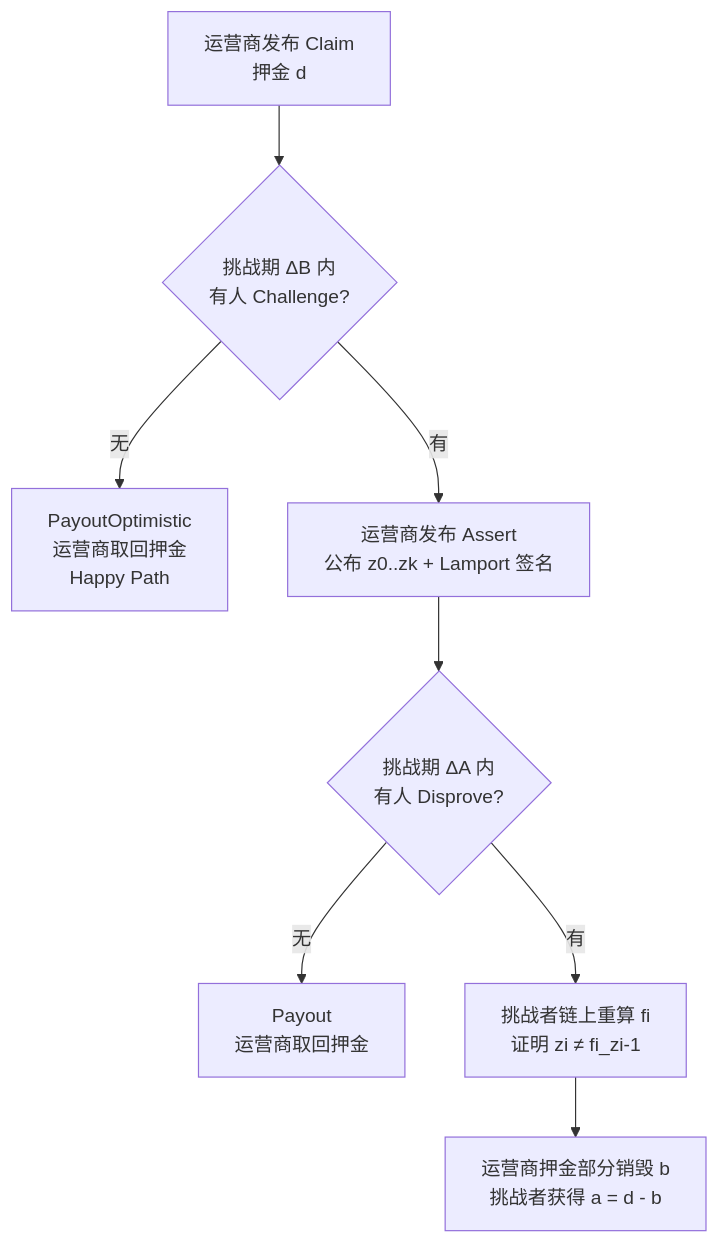
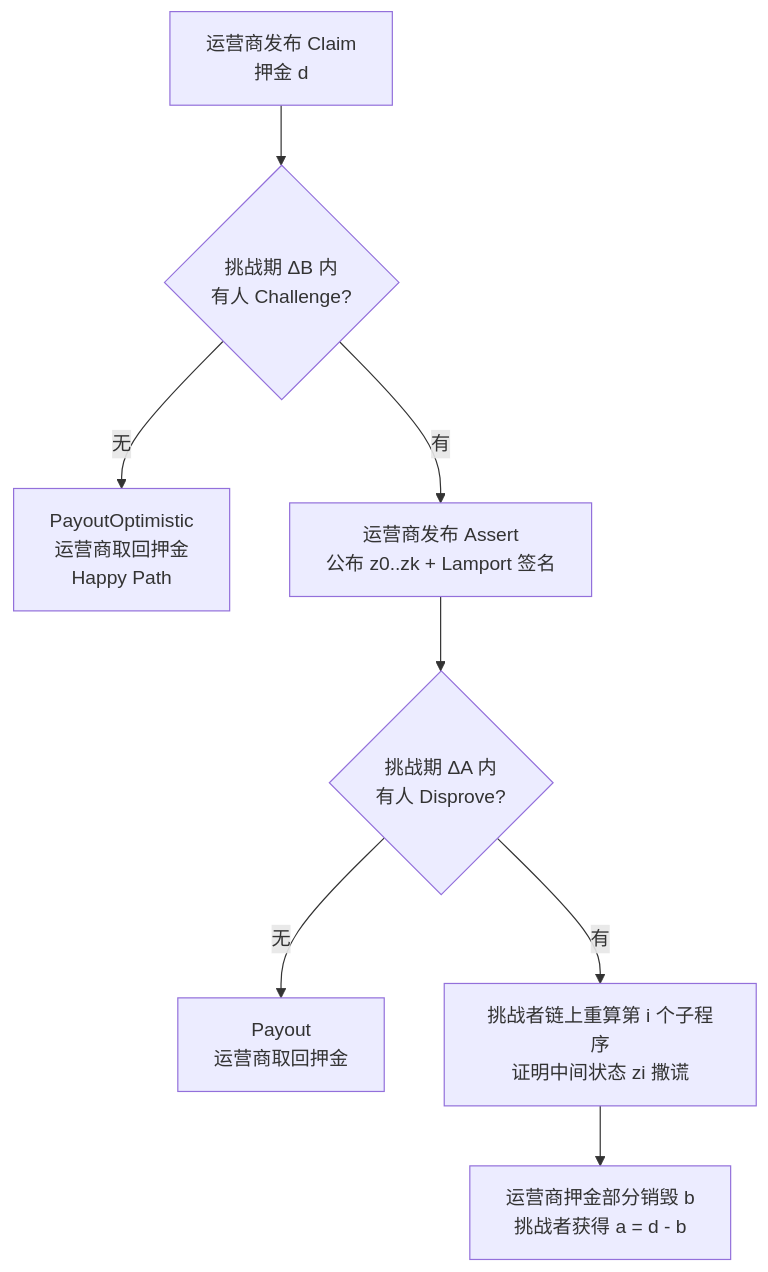
Before and after one commit to JameWade/slr_blog: the diagram in src/data/blog/blockchain/bitvm2-bitcoin-second-layer-bridge.md, drawn with Mermaid.

Commit message:
blog: 修正 BitVM2 文章 mermaid 图中 Disprove 节点表述

````diff
--- a/src/data/blog/blockchain/bitvm2-bitcoin-second-layer-bridge.md
+++ b/src/data/blog/blockchain/bitvm2-bitcoin-second-layer-bridge.md
@@ -60,10 +60,10 @@
 ```mermaid
 flowchart TD
     A[运营商发布 Claim<br/>押金 d] --> B{挑战期 ΔB 内<br/>有人 Challenge?}
     B -- 无 --> C[PayoutOptimistic<br/>运营商取回押金<br/>Happy Path]
     B -- 有 --> D[运营商发布 Assert<br/>公布 z0..zk + Lamport 签名]
     D --> E{挑战期 ΔA 内<br/>有人 Disprove?}
     E -- 无 --> F[Payout<br/>运营商取回押金]
-    E -- 有 --> G[挑战者链上重算 fi<br/>证明 zi ≠ fi_zi-1]
+    E -- 有 --> G[挑战者链上重算第 i 个子程序<br/>证明中间状态 zi 撒谎]
     G --> H[运营商押金部分销毁 b<br/>挑战者获得 a = d - b]
 ```
````
